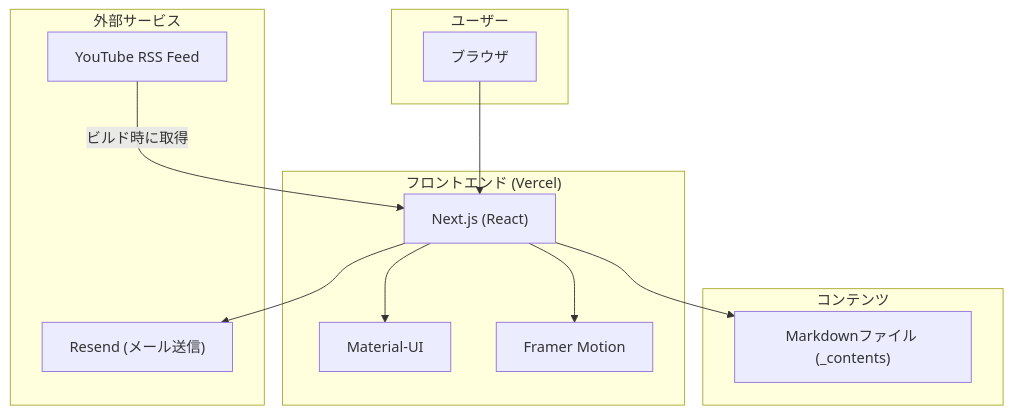
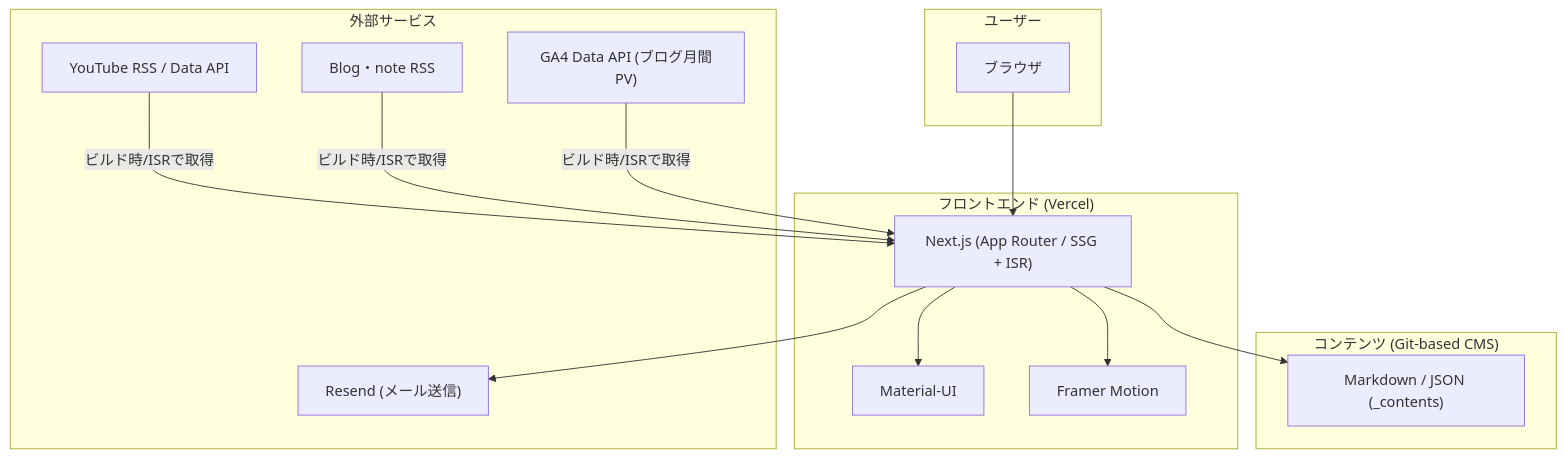
One commit to shou-dev19/shou-portfolio changed the first of 2 diagrams in README.md. Above: the diagram before and after it, drawn with Mermaid. The commit also changed other lines of this file, not shown here.

````diff
--- a/README.md
+++ b/README.md
@@ -19,28 +28,32 @@
 ```mermaid
 graph TD
     subgraph "ユーザー"
         A[ブラウザ]
     end
 
     subgraph "フロントエンド (Vercel)"
-        B["Next.js (React)"]
+        B["Next.js (App Router / SSG + ISR)"]
         C[Material-UI]
         D[Framer Motion]
     end
 
-    subgraph "コンテンツ"
-        E["Markdownファイル (_contents)"]
+    subgraph "コンテンツ (Git-based CMS)"
+        E["Markdown / JSON (_contents)"]
     end
 
     subgraph "外部サービス"
         F["Resend (メール送信)"]
-        G["YouTube RSS Feed"]
+        G["YouTube RSS / Data API"]
+        H["Blog・note RSS"]
+        I["GA4 Data API (ブログ月間PV)"]
     end
 
     A --> B
     B --> C
     B --> D
     B --> E
     B --> F
-    G -->|ビルド時に取得| B
+    G -->|ビルド時/ISRで取得| B
+    H -->|ビルド時/ISRで取得| B
+    I -->|ビルド時/ISRで取得| B
 ```
````
